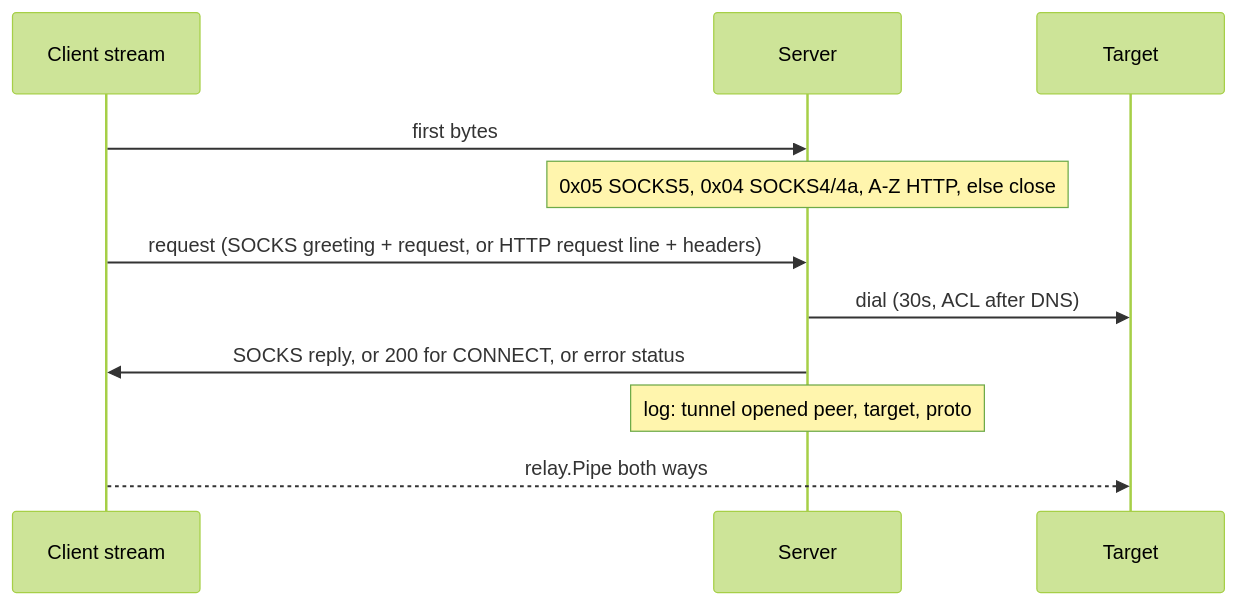
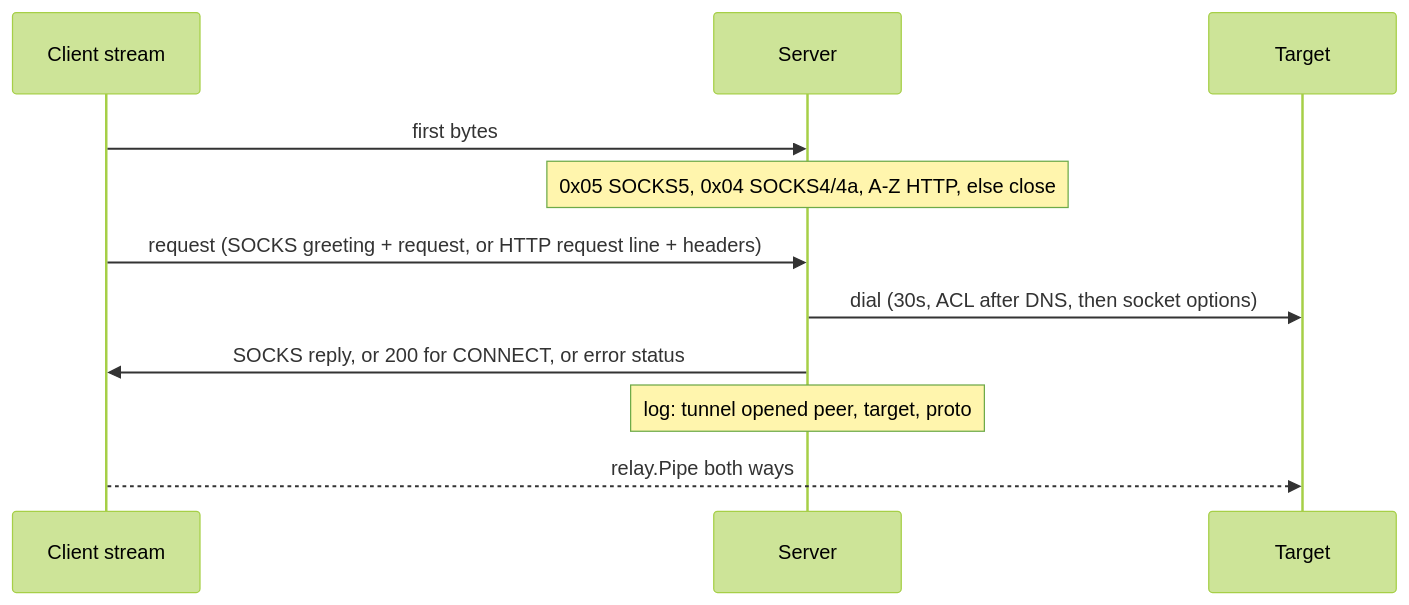
Before and after one commit to dimaskiddo/proxy-over-smtp: the second of 4 diagrams in docs/WORKFLOWS.md, drawn with Mermaid (forest theme). The commit also changed other lines of this file and 11 other files, not shown here.

Commit message:
feat: add socket options to make connection handling more reliable

````diff
--- a/docs/WORKFLOWS.md
+++ b/docs/WORKFLOWS.md
@@ -69,14 +69,14 @@
 ```mermaid
 sequenceDiagram
     participant C as Client stream
     participant S as Server
     participant T as Target
 
     C->>S: first bytes
     Note over S: 0x05 SOCKS5, 0x04 SOCKS4/4a, A-Z HTTP, else close
     C->>S: request (SOCKS greeting + request, or HTTP request line + headers)
-    S->>T: dial (30s, ACL after DNS)
+    S->>T: dial (30s, ACL after DNS, then socket options)
     S->>C: SOCKS reply, or 200 for CONNECT, or error status
     Note over S: log: tunnel opened peer, target, proto
     C-->>T: relay.Pipe both ways
 ```
````
